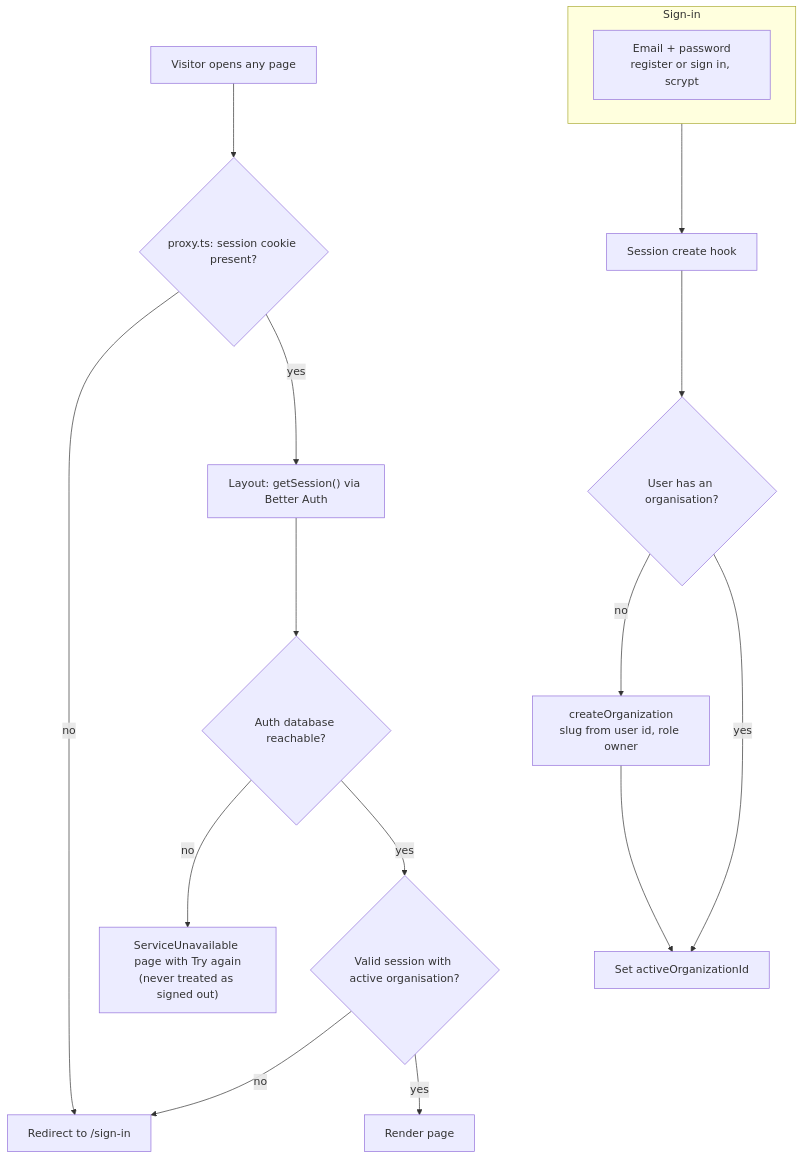
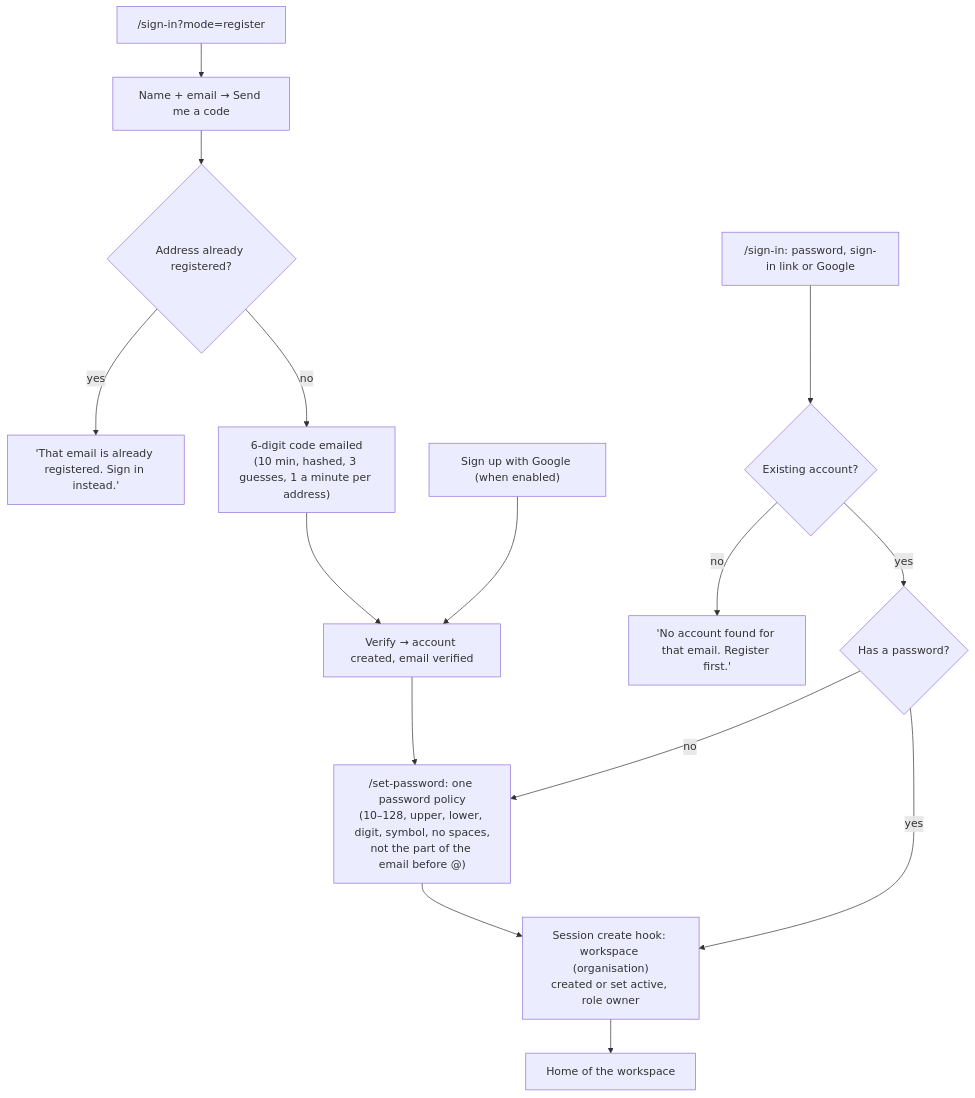
The third of 32 diagrams in reports/explained_system_flow.md (rupeshghimire7/InsightfullCell), drawn with Mermaid before and after one commit. The commit also changed other lines of this file and 134 other files, not shown here.

````diff
--- a/reports/explained_system_flow.md
+++ b/reports/explained_system_flow.md
@@ -161,20 +165,17 @@
 ```mermaid
 flowchart TD
-    A["Visitor opens any page"] --> P{"proxy.ts: session cookie present?"}
-    P -- no --> R["Redirect to /sign-in"]
-    P -- yes --> L["Layout: getSession() via Better Auth"]
-    L --> Q{"Auth database reachable?"}
-    Q -- no --> U["ServiceUnavailable page with Try again<br/>(never treated as signed out)"]
-    Q -- yes --> V{"Valid session with active organisation?"}
-    V -- no --> R
-    V -- yes --> OK["Render page"]
-
-    subgraph SignIn["Sign-in"]
-        M1["Email + password<br/>register or sign in, scrypt"]
-    end
-    SignIn --> H["Session create hook"]
-    H --> E{"User has an organisation?"}
-    E -- no --> C["createOrganization<br/>slug from user id, role owner"]
-    E -- yes --> S["Set activeOrganizationId"]
-    C --> S
+    R0["/sign-in?mode=register"] --> R1["Name + email → Send me a code"]
+    R1 --> R2{"Address already registered?"}
+    R2 -- yes --> RX["'That email is already registered. Sign in instead.'"]
+    R2 -- no --> R3["6-digit code emailed<br/>(10 min, hashed, 3 guesses, 1 a minute per address)"]
+    R3 --> R4["Verify → account created, email verified"]
+    G0["Sign up with Google (when enabled)"] --> R4
+    R4 --> SP["/set-password: one password policy<br/>(10–128, upper, lower, digit, symbol, no spaces,<br/>not the part of the email before @)"]
+    SP --> WS["Session create hook: workspace (organisation)<br/>created or set active, role owner"]
+    S0["/sign-in: password, sign-in link or Google"] --> S1{"Existing account?"}
+    S1 -- no --> SX["'No account found for that email. Register first.'"]
+    S1 -- yes --> S2{"Has a password?"}
+    S2 -- no --> SP
+    S2 -- yes --> WS
+    WS --> OK["Home of the workspace"]
 ```
````
